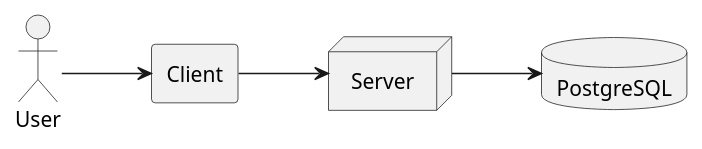
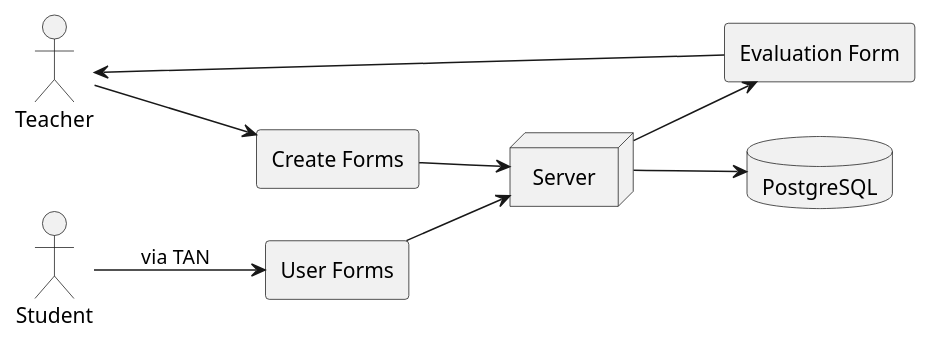
One commit to htl-leonding-project/leo-survey changed the diagram in Docs/system-specification-leosurvey/asciidocs/plantuml/sysarchitecture.puml. Above: the diagram before and after it, drawn with PlantUML. The commit also changed 1 other file, not shown here.

Commit message:
TF, 14.12.2020, added Systemarchitecture, Version 1 #3

```diff
--- a/Docs/system-specification-leosurvey/asciidocs/plantuml/sysarchitecture.puml
+++ b/Docs/system-specification-leosurvey/asciidocs/plantuml/sysarchitecture.puml
@@ -1,11 +1,18 @@
 @startuml
 left to right direction
-actor "User" as u
-rectangle Client as C
+actor "Teacher" as t
+actor "Student" as s
+rectangle "Create Forms" as C
+rectangle "User Forms" as U
+rectangle "Evaluation Form" as E
 node Server as S
 database PostgreSQL as D
 
-u --> C
+t --> C
+s --> U : "via TAN"
+U --> S
+S --> E
+E --> t
 C --> S
 S --> D
 @enduml
```
